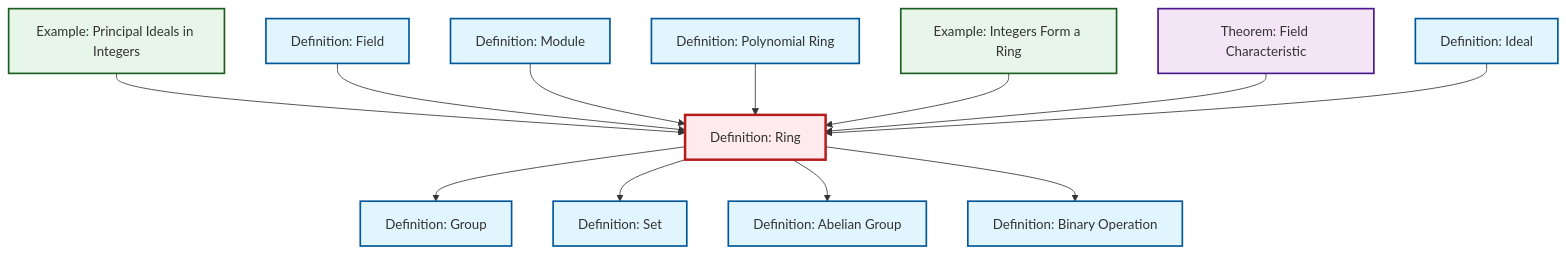
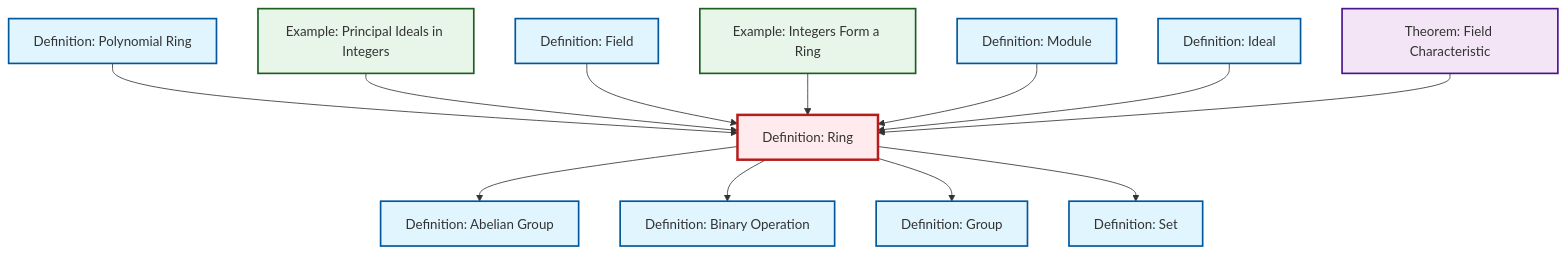
The diagram in content/en/algebra/def-ring.qmd (RK0429/ModernMath), drawn with Mermaid before and after one commit. The commit also changed other lines of this file and 491 other files, not shown here.

````diff
--- a/content/en/algebra/def-ring.qmd
+++ b/content/en/algebra/def-ring.qmd
@@ -61,44 +61,44 @@
 ```{mermaid}
 %%| fig-cap: "Local dependency graph"
 graph TD
     classDef definition fill:#e1f5fe,stroke:#01579b,stroke-width:2px
     classDef theorem fill:#f3e5f5,stroke:#4a148c,stroke-width:2px
     classDef axiom fill:#fff3e0,stroke:#e65100,stroke-width:2px
     classDef example fill:#e8f5e9,stroke:#1b5e20,stroke-width:2px
     classDef current fill:#ffebee,stroke:#b71c1c,stroke-width:3px
-    thm-field-characteristic["Theorem: Field Characteristic"]:::theorem
-    def-polynomial-ring["Definition: Polynomial Ring"]:::definition
-    def-set["Definition: Set"]:::definition
-    def-field["Definition: Field"]:::definition
-    def-group["Definition: Group"]:::definition
-    def-ideal["Definition: Ideal"]:::definition
+    def-module["Definition: Module"]:::definition
     def-binary-operation["Definition: Binary Operation"]:::definition
     def-abelian-group["Definition: Abelian Group"]:::definition
-    def-module["Definition: Module"]:::definition
+    ex-principal-ideal["Example: Principal Ideals in Integers"]:::example
+    def-polynomial-ring["Definition: Polynomial Ring"]:::definition
+    def-group["Definition: Group"]:::definition
+    def-field["Definition: Field"]:::definition
+    def-ideal["Definition: Ideal"]:::definition
+    def-ring["Definition: Ring"]:::definition
+    def-set["Definition: Set"]:::definition
     ex-integers-ring["Example: Integers Form a Ring"]:::example
-    def-ring["Definition: Ring"]:::definition
-    ex-principal-ideal["Example: Principal Ideals in Integers"]:::example
+    thm-field-characteristic["Theorem: Field Characteristic"]:::theorem
+    def-ring --> def-abelian-group
+    def-polynomial-ring --> def-ring
     ex-principal-ideal --> def-ring
+    def-ring --> def-binary-operation
     def-field --> def-ring
+    ex-integers-ring --> def-ring
     def-module --> def-ring
     def-ring --> def-group
+    def-ideal --> def-ring
+    thm-field-characteristic --> def-ring
     def-ring --> def-set
-    def-ring --> def-abelian-group
-    def-ring --> def-binary-operation
-    def-polynomial-ring --> def-ring
-    ex-integers-ring --> def-ring
-    thm-field-characteristic --> def-ring
-    def-ideal --> def-ring
     class def-ring current
-    click thm-field-characteristic "thm-field-characteristic.html" "Go to Field Characteristic theorem"
-    click def-polynomial-ring "def-polynomial-ring.html" "Go to Polynomial Ring definition"
-    click def-set "def-set.html" "Go to Set definition"
-    click def-field "def-field.html" "Go to Field definition"
-    click def-group "def-group.html" "Go to Group definition"
-    click def-ideal "def-ideal.html" "Go to Ideal definition"
+    click def-module "def-module.html" "Go to Module definition"
     click def-binary-operation "def-binary-operation.html" "Go to Binary Operation definition"
     click def-abelian-group "def-abelian-group.html" "Go to Abelian Group definition"
-    click def-module "def-module.html" "Go to Module definition"
+    click ex-principal-ideal "ex-principal-ideal.html" "Go to Principal Ideals in Integers example"
+    click def-polynomial-ring "def-polynomial-ring.html" "Go to Polynomial Ring definition"
+    click def-group "def-group.html" "Go to Group definition"
+    click def-field "def-field.html" "Go to Field definition"
+    click def-ideal "def-ideal.html" "Go to Ideal definition"
+    click def-set "def-set.html" "Go to Set definition"
     click ex-integers-ring "ex-integers-ring.html" "Go to Integers Form a Ring example"
-    click ex-principal-ideal "ex-principal-ideal.html" "Go to Principal Ideals in Integers example"
+    click thm-field-characteristic "thm-field-characteristic.html" "Go to Field Characteristic theorem"
 ```
````
